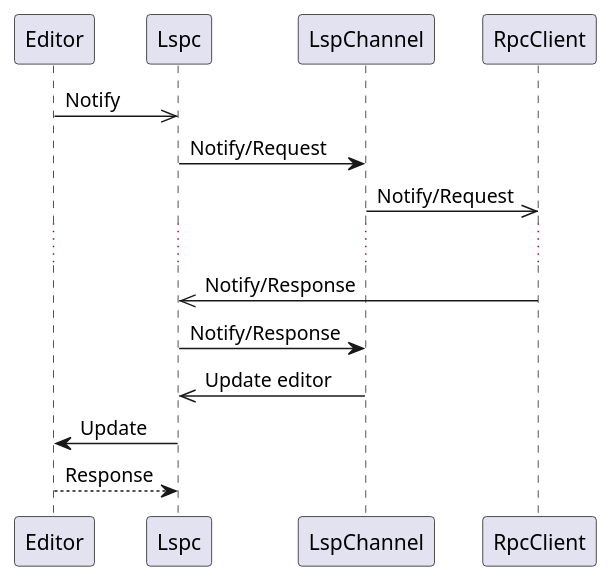
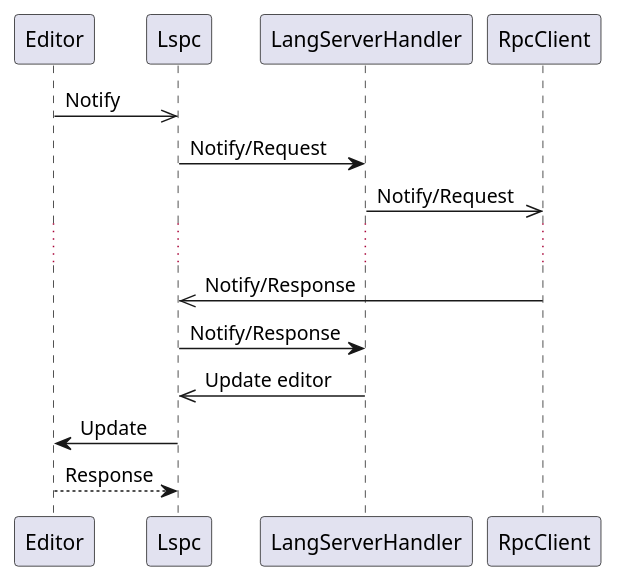
One commit to unrealhoang/lspc changed the diagram in design/components.puml. Above: the diagram before and after it, drawn with PlantUML. The commit also changed 2 other files, not shown here.

Commit message:
not expose ToDisplay to main trait, update diagram

```diff
--- a/design/components.puml
+++ b/design/components.puml
@@ -1,13 +1,13 @@
 @startuml
 
 Editor ->> Lspc: Notify
-Lspc -> LspChannel: Notify/Request
-LspChannel ->> RpcClient: Notify/Request
+Lspc -> LangServerHandler: Notify/Request
+LangServerHandler ->> RpcClient: Notify/Request
 ...
 RpcClient ->> Lspc: Notify/Response
-Lspc -> LspChannel: Notify/Response
-LspChannel ->> Lspc: Update editor
+Lspc -> LangServerHandler: Notify/Response
+LangServerHandler ->> Lspc: Update editor
 Lspc -> Editor: Update
 Editor --> Lspc: Response
 
 @enduml
```
